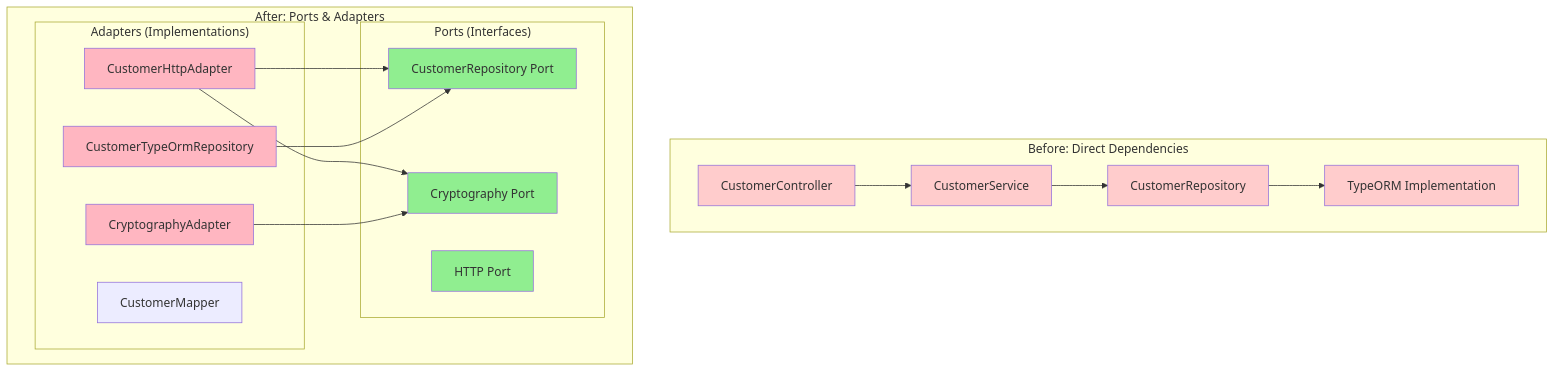
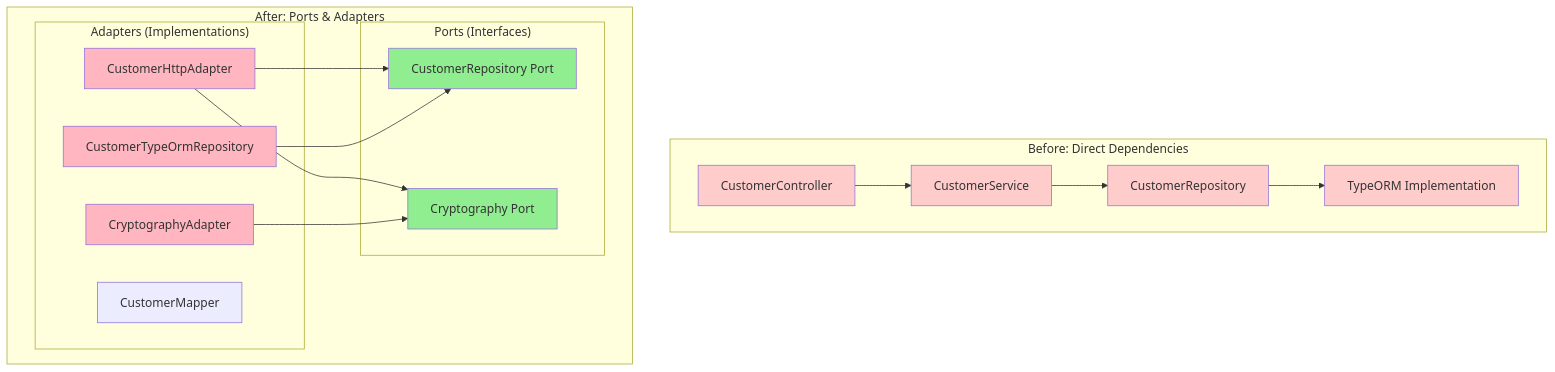
Before and after one commit to 12SOAT-Workshop-FIAP/garage-management-system: the fifth of 16 diagrams in docs/hexagonal-architecture-migration.md, drawn with Mermaid. The commit also changed other lines of this file, not shown here.

````diff
--- a/docs/hexagonal-architecture-migration.md
+++ b/docs/hexagonal-architecture-migration.md
@@ -218,44 +215,42 @@
 ```mermaid
 graph TB
     subgraph "Before: Direct Dependencies"
         Controller[CustomerController]
         Service[CustomerService]
         Repository[CustomerRepository]
         TypeORM[TypeORM Implementation]
     end
     
     subgraph "After: Ports & Adapters"
         subgraph "Ports (Interfaces)"
             CustomerPort[CustomerRepository Port]
             CryptoPort[Cryptography Port]
-            HTTPPort[HTTP Port]
         end
         
         subgraph "Adapters (Implementations)"
             HTTPAdapter[CustomerHttpAdapter]
             DBAdapter[CustomerTypeOrmRepository]
             CryptoAdapter[CryptographyAdapter]
             Mapper[CustomerMapper]
         end
     end
     
     Controller --> Service
     Service --> Repository
     Repository --> TypeORM
     
     HTTPAdapter --> CustomerPort
     HTTPAdapter --> CryptoPort
     DBAdapter --> CustomerPort
     CryptoAdapter --> CryptoPort
     
     style Controller fill:#ffcccc
     style Service fill:#ffcccc
     style Repository fill:#ffcccc
     style TypeORM fill:#ffcccc
     style CustomerPort fill:#90EE90
     style CryptoPort fill:#90EE90
-    style HTTPPort fill:#90EE90
     style HTTPAdapter fill:#FFB6C1
     style DBAdapter fill:#FFB6C1
     style CryptoAdapter fill:#FFB6C1
 ```
````
